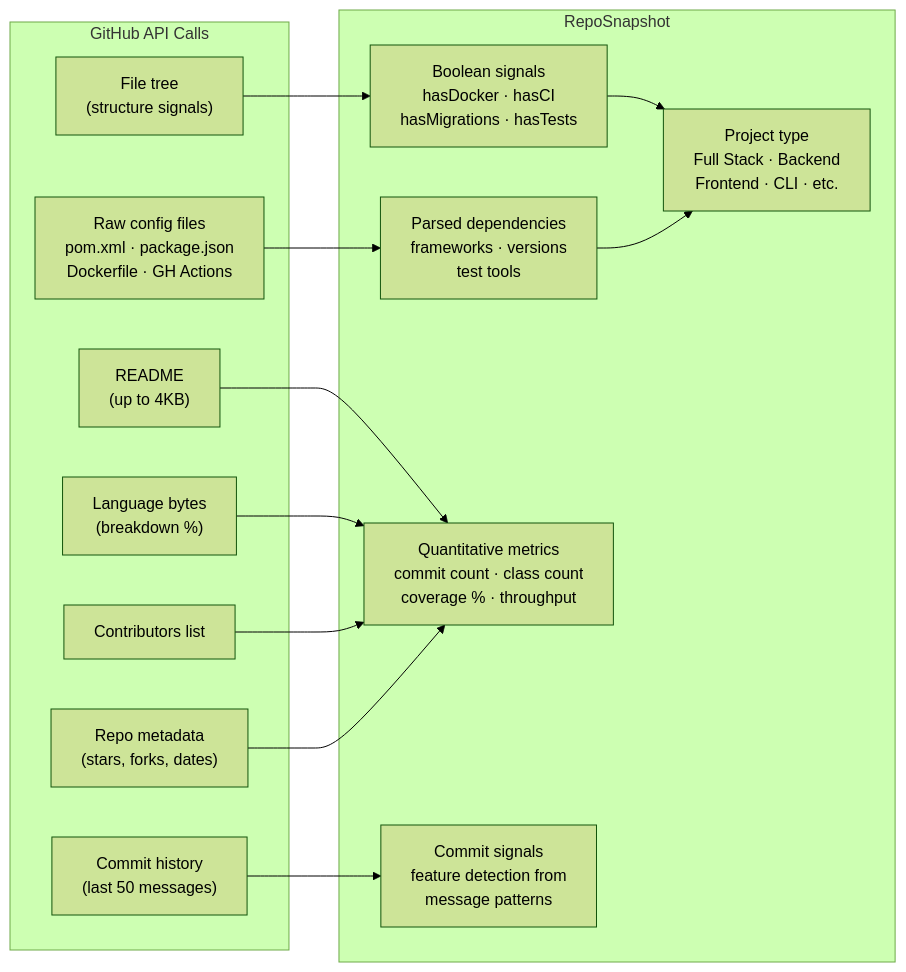
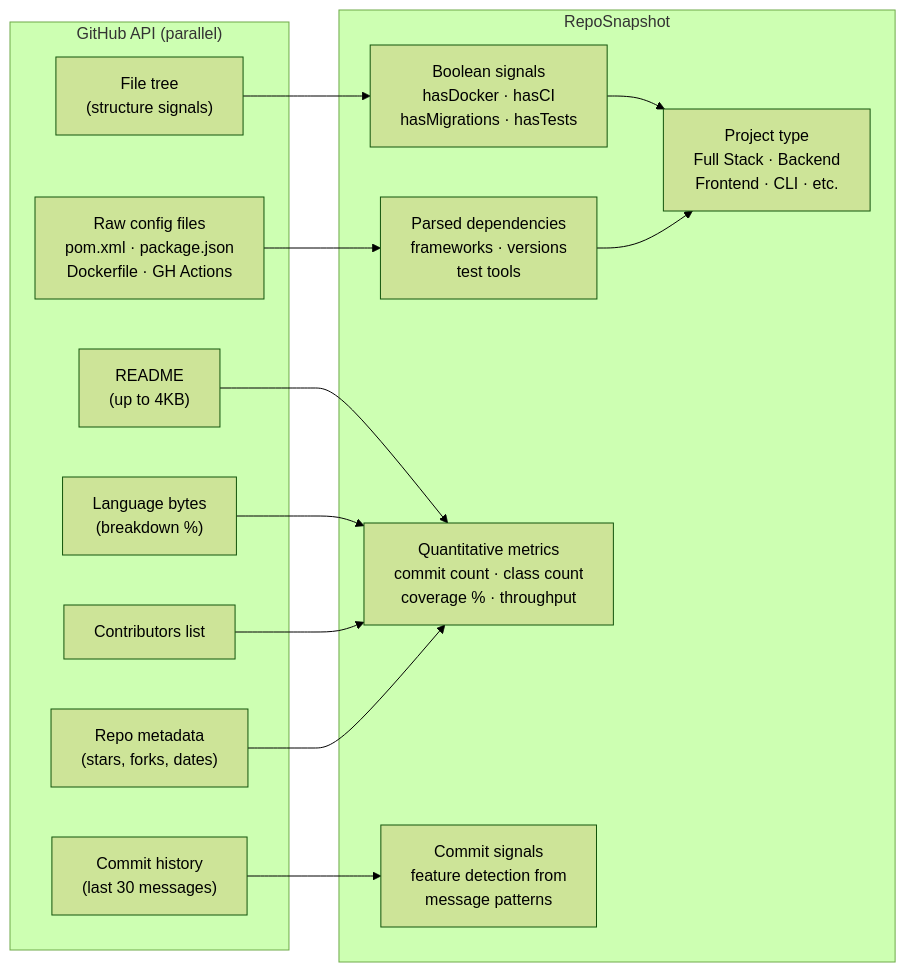
One commit to kusum-bhattarai/github-to-portfolio changed the third of 5 diagrams in README.md. Above: the diagram before and after it, drawn with Mermaid (forest theme). The commit also changed other lines of this file, not shown here.

````diff
--- a/README.md
+++ b/README.md
@@ -79,30 +70,30 @@
 ```mermaid
 graph LR
-    subgraph "GitHub API Calls"
+    subgraph "GitHub API (parallel)"
         A["File tree<br/>(structure signals)"]
         B["README<br/>(up to 4KB)"]
         C["Raw config files<br/>pom.xml · package.json<br/>Dockerfile · GH Actions"]
-        D["Commit history<br/>(last 50 messages)"]
+        D["Commit history<br/>(last 30 messages)"]
         E["Language bytes<br/>(breakdown %)"]
         F["Contributors list"]
         G["Repo metadata<br/>(stars, forks, dates)"]
     end
 
     subgraph "RepoSnapshot"
         H["Boolean signals<br/>hasDocker · hasCI<br/>hasMigrations · hasTests"]
         I["Parsed dependencies<br/>frameworks · versions<br/>test tools"]
         J["Quantitative metrics<br/>commit count · class count<br/>coverage % · throughput"]
         K["Commit signals<br/>feature detection from<br/>message patterns"]
         L["Project type<br/>Full Stack · Backend<br/>Frontend · CLI · etc."]
     end
 
     A --> H
     B --> J
     C --> I
     D --> K
     E --> J
     F --> J
     G --> J
     H --> L
     I --> L
 ```
````
